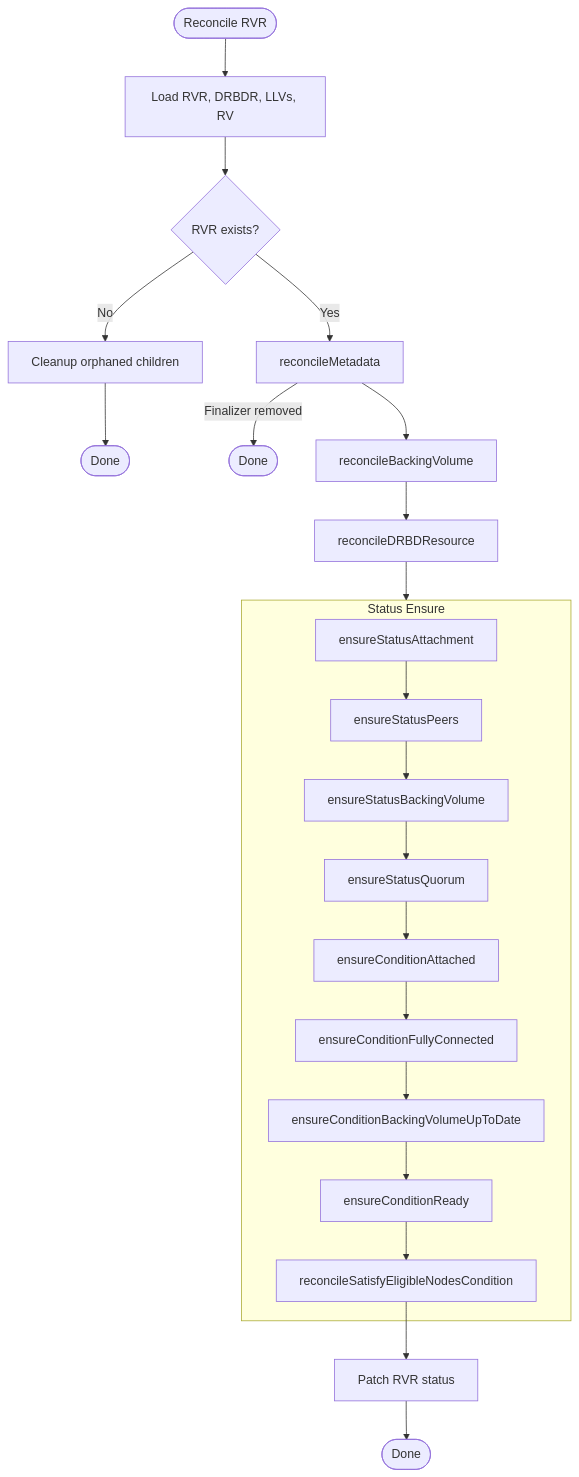
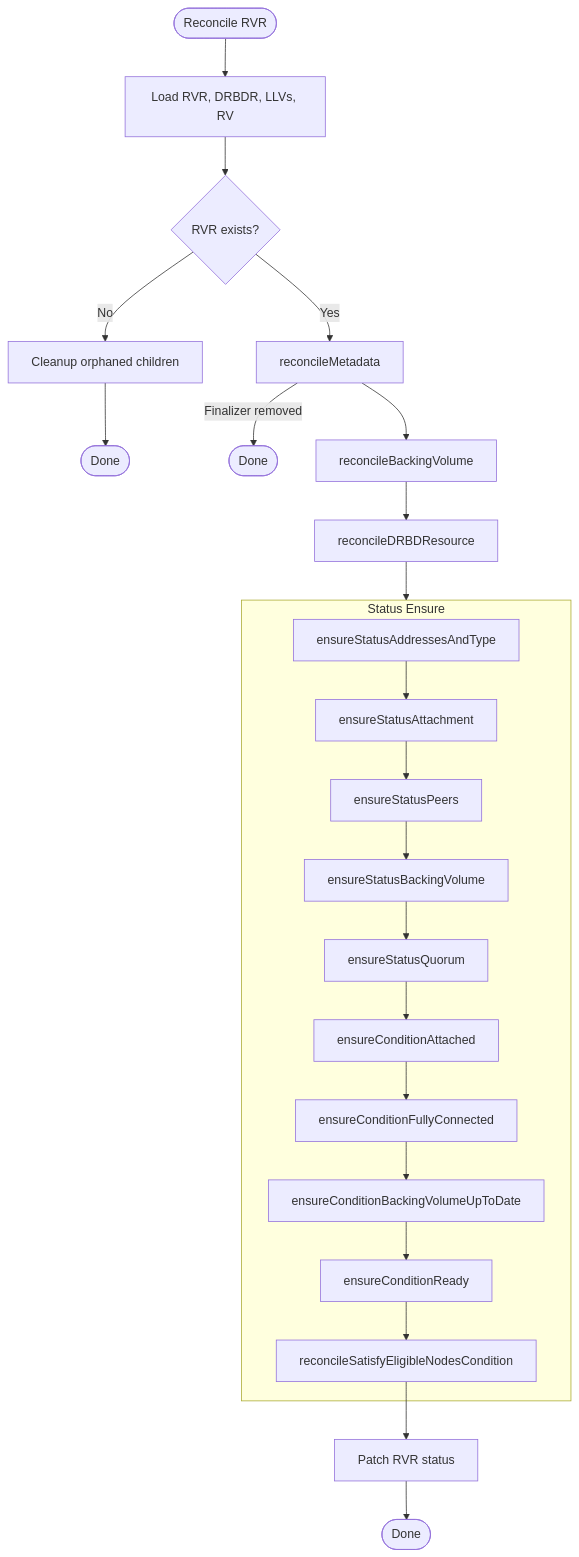
The first of 14 diagrams in images/controller/internal/controllers/rvr_controller/README.md (deckhouse/sds-replicated-volume), drawn with Mermaid before and after one commit. The commit also changed other lines of this file and 4 other files, not shown here.

First line of the commit message:
[rvr] Add Type field to ReplicatedVolumeReplicaStatus

````diff
--- a/images/controller/internal/controllers/rvr_controller/README.md
+++ b/images/controller/internal/controllers/rvr_controller/README.md
@@ -116,30 +117,31 @@
 ```mermaid
 flowchart TD
     Start([Reconcile RVR]) --> Load[Load RVR, DRBDR, LLVs, RV]
     Load --> CheckExists{RVR exists?}
 
     CheckExists -->|No| Cleanup[Cleanup orphaned children]
     Cleanup --> Done1([Done])
 
     CheckExists -->|Yes| Meta[reconcileMetadata]
     Meta -->|Finalizer removed| Done2([Done])
     Meta --> BV[reconcileBackingVolume]
     BV --> DRBDR[reconcileDRBDResource]
 
     DRBDR --> StatusBlock
 
     subgraph StatusBlock [Status Ensure]
-        StatusAttach[ensureStatusAttachment]
+        AddrType[ensureStatusAddressesAndType]
+        AddrType --> StatusAttach[ensureStatusAttachment]
         StatusAttach --> Peers[ensureStatusPeers]
         Peers --> BVStatus[ensureStatusBackingVolume]
         BVStatus --> StatusQuorum[ensureStatusQuorum]
         StatusQuorum --> CondAttach[ensureConditionAttached]
         CondAttach --> PeersCond[ensureConditionFullyConnected]
         PeersCond --> BVInSync[ensureConditionBackingVolumeUpToDate]
         BVInSync --> CondReady[ensureConditionReady]
         CondReady --> SEN[reconcileSatisfyEligibleNodesCondition]
     end
 
     SEN --> Patch[Patch RVR status]
     Patch --> EndNode([Done])
 ```
````
